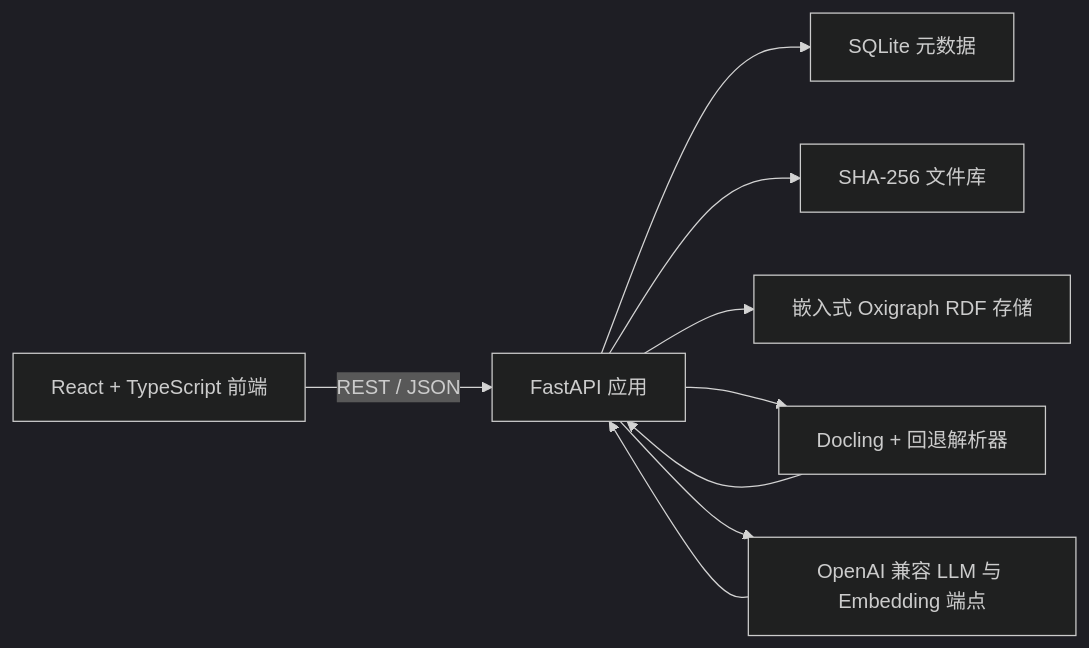
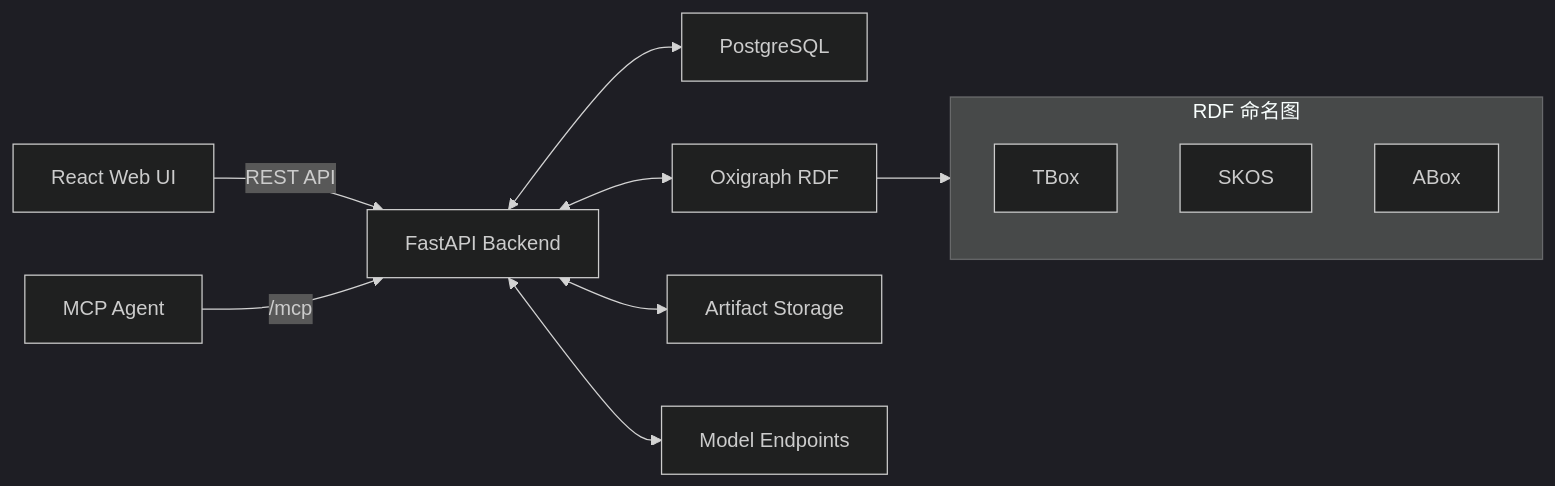
One commit to deeplethe/utopia changed the second of 2 diagrams in README.zh-CN.md. Above: the diagram before and after it, drawn with Mermaid (dark theme). The commit also changed other lines of this file and 202 other files, not shown here.

````diff
--- a/README.zh-CN.md
+++ b/README.zh-CN.md
@@ -46,11 +94,17 @@
 ```mermaid
 flowchart LR
-    UI["React + TypeScript 前端"] -->|REST / JSON| API["FastAPI 应用"]
-    API --> META["SQLite 元数据"]
-    API --> BLOB["SHA-256 文件库"]
-    API --> RDF["嵌入式 Oxigraph RDF 存储"]
-    API --> PARSE["Docling + 回退解析器"]
-    API --> MODEL["OpenAI 兼容 LLM 与 Embedding 端点"]
-    PARSE --> API
-    MODEL --> API
+    WEB["React Web UI"] -->|"REST API"| API["FastAPI Backend"]
+    MCP["MCP Agent"] -->|"/mcp"| API
+    API <--> PG["PostgreSQL"]
+    API <--> RDF["Oxigraph RDF"]
+    API <--> ART["Artifact Storage"]
+    API <--> MODEL["Model Endpoints"]
+
+    subgraph LAYERS["RDF 命名图"]
+      TBOX["TBox"]
+      SKOS["SKOS"]
+      ABOX["ABox"]
+    end
+
+    RDF --> LAYERS
 ```
````
